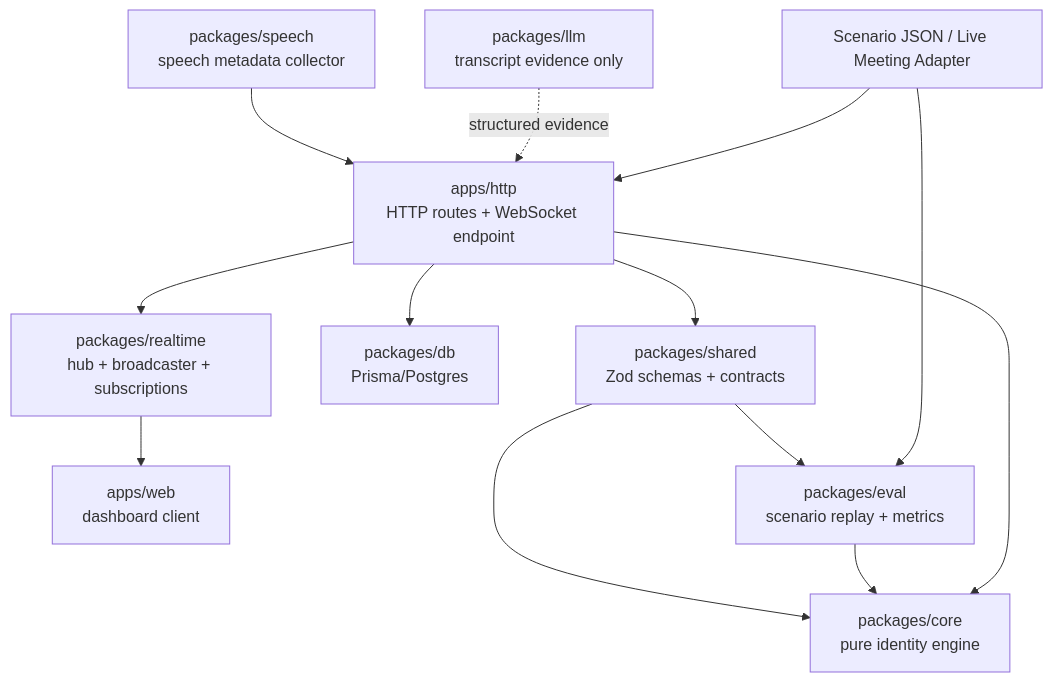
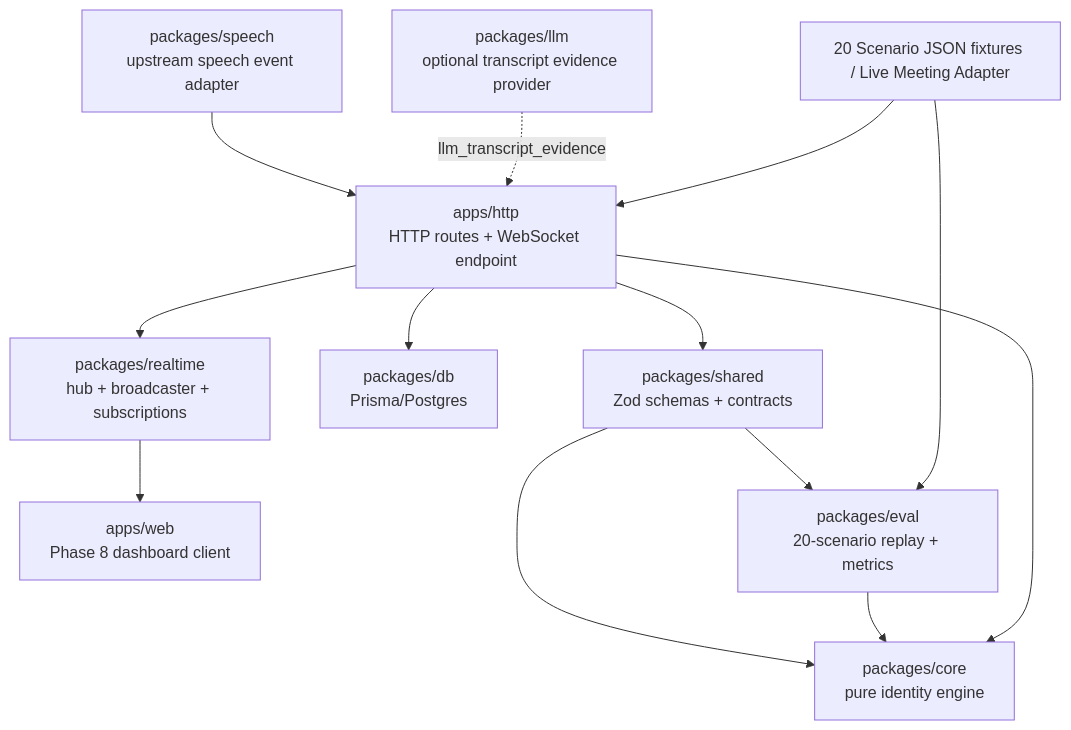
One commit to RitikaxG/sherlock-challenge changed the first of 2 diagrams in ARCHITECTURE.md. Above: the diagram before and after it, drawn with Mermaid. The commit also changed other lines of this file and 18 other files, not shown here.

````diff
--- a/ARCHITECTURE.md
+++ b/ARCHITECTURE.md
@@ -84,15 +103,15 @@
 ```mermaid
 flowchart TD
-  Scenario["Scenario JSON / Live Meeting Adapter"] --> HTTP["apps/http<br/>HTTP routes + WebSocket endpoint"]
+  Scenario["20 Scenario JSON fixtures / Live Meeting Adapter"] --> HTTP["apps/http<br/>HTTP routes + WebSocket endpoint"]
   HTTP --> Shared["packages/shared<br/>Zod schemas + contracts"]
   HTTP --> Core["packages/core<br/>pure identity engine"]
   HTTP --> DB["packages/db<br/>Prisma/Postgres"]
   HTTP --> Realtime["packages/realtime<br/>hub + broadcaster + subscriptions"]
-  Realtime --> Web["apps/web<br/>dashboard client"]
-  LLM["packages/llm<br/>transcript evidence only"] -. structured evidence .-> HTTP
-  Speech["packages/speech<br/>speech metadata collector"] --> HTTP
-  Scenario --> Eval["packages/eval<br/>scenario replay + metrics"]
+  Realtime --> Web["apps/web<br/>Phase 8 dashboard client"]
+  LLM["packages/llm<br/>optional transcript evidence provider"] -. llm_transcript_evidence .-> HTTP
+  Speech["packages/speech<br/>upstream speech event adapter"] --> HTTP
+  Scenario --> Eval["packages/eval<br/>20-scenario replay + metrics"]
   Eval --> Core
   Shared --> Core
   Shared --> Eval
 ```
````
